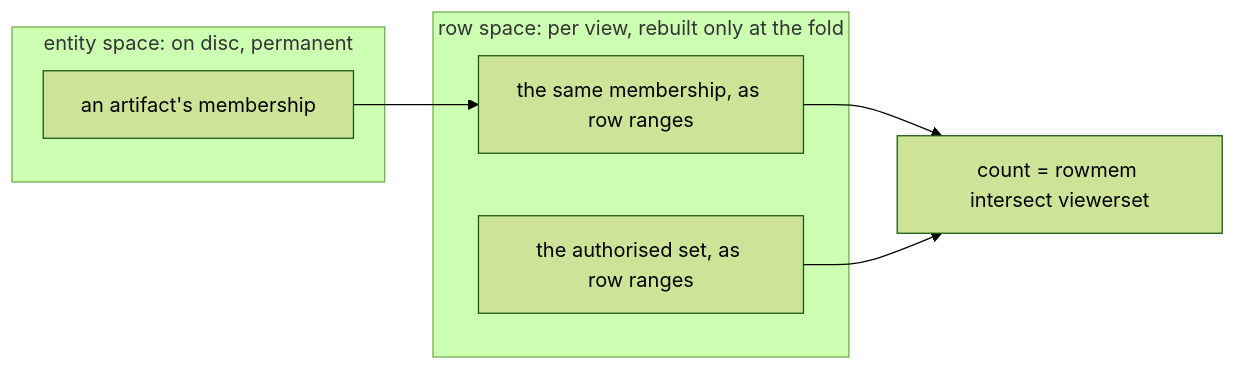
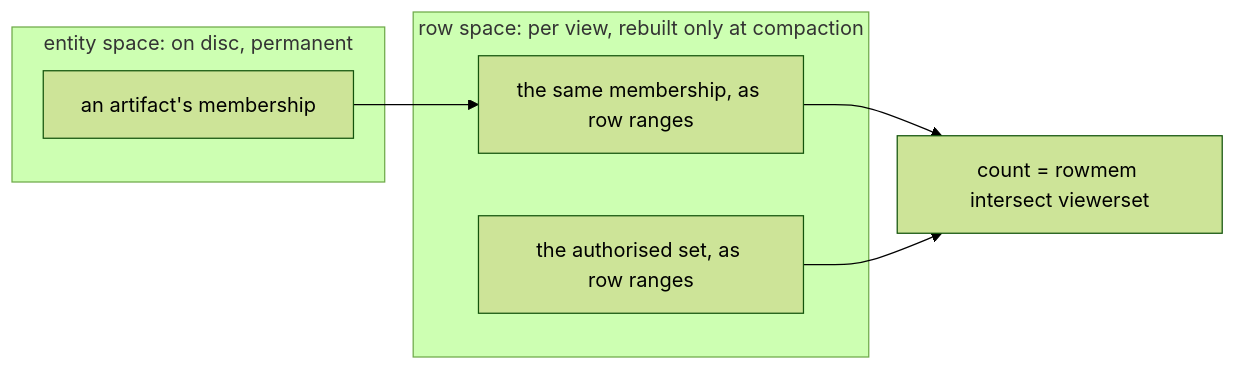
One commit to jennis0/tesseradb changed the third of 3 diagrams in docs/system/annotations.md. Above: the diagram before and after it, drawn with Mermaid (forest theme). The commit also changed other lines of this file and 5 other files, not shown here.

````diff
--- a/docs/system/annotations.md
+++ b/docs/system/annotations.md
@@ -277,13 +277,13 @@
 ```mermaid
 flowchart LR
   subgraph entity["entity space: on disc, permanent"]
     mem["an artifact's membership"]
   end
-  subgraph row["row space: per view, rebuilt only at the fold"]
+  subgraph row["row space: per view, rebuilt only at compaction"]
     rowmem["the same membership, as row ranges"]
     viewerset["the authorised set, as row ranges"]
   end
   mem --> rowmem
   rowmem --> count["count = rowmem intersect viewerset"]
   viewerset --> count
 ```
````
